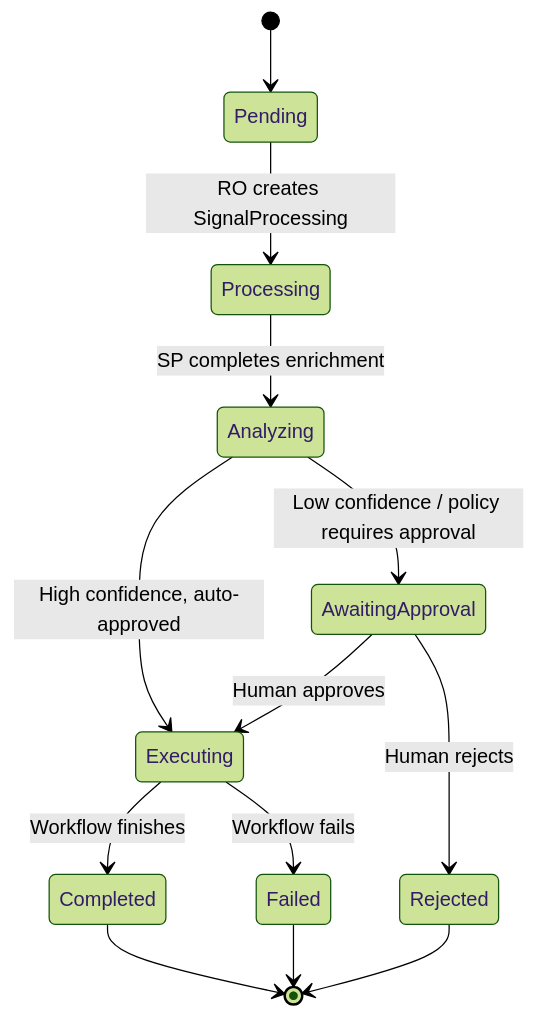
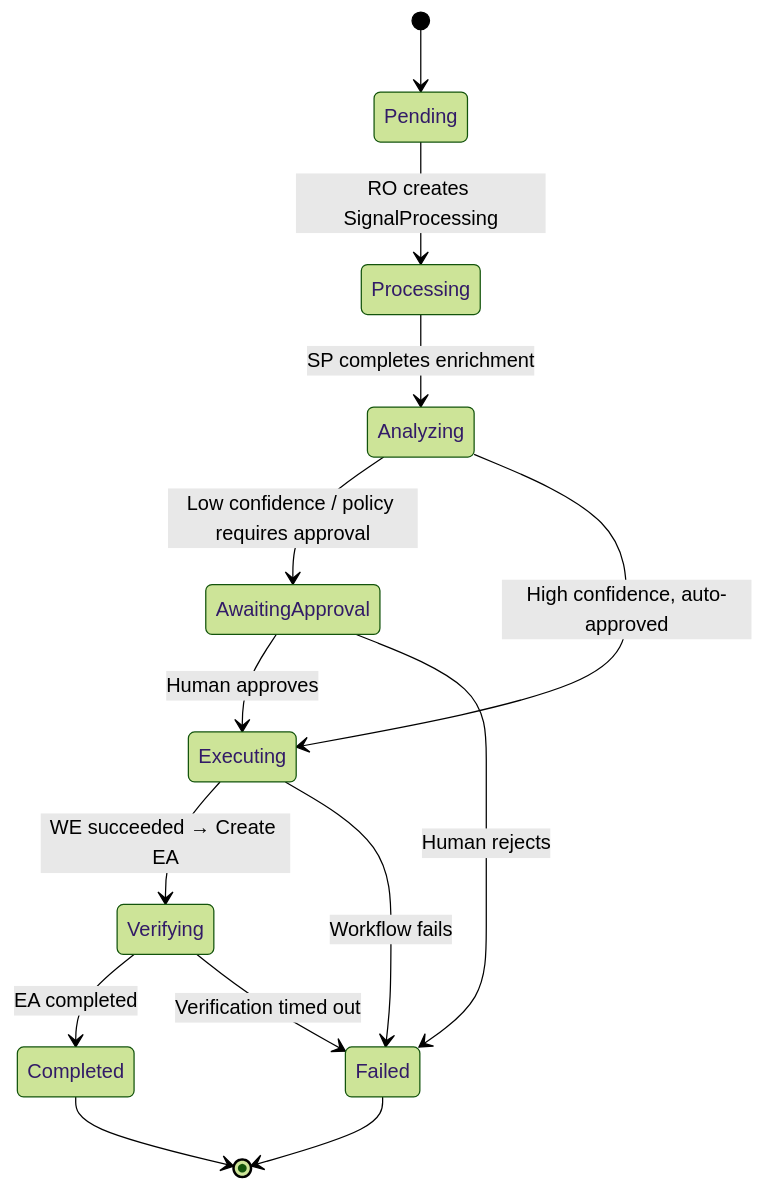
Before and after one commit to jordigilh/kubernaut-docs: the second of 2 diagrams in docs/getting-started/architecture-overview.md, drawn with Mermaid (forest theme). The commit also changed other lines of this file and 6 other files, not shown here.

````diff
--- a/docs/getting-started/architecture-overview.md
+++ b/docs/getting-started/architecture-overview.md
@@ -126,15 +126,16 @@
 ```mermaid
 stateDiagram-v2
     [*] --> Pending
     Pending --> Processing: RO creates SignalProcessing
     Processing --> Analyzing: SP completes enrichment
     Analyzing --> AwaitingApproval: Low confidence / policy requires approval
     Analyzing --> Executing: High confidence, auto-approved
     AwaitingApproval --> Executing: Human approves
-    AwaitingApproval --> Rejected: Human rejects
-    Executing --> Completed: Workflow finishes
+    AwaitingApproval --> Failed: Human rejects
+    Executing --> Verifying: WE succeeded → Create EA
     Executing --> Failed: Workflow fails
+    Verifying --> Completed: EA completed
+    Verifying --> Failed: Verification timed out
     Completed --> [*]
     Failed --> [*]
-    Rejected --> [*]
 ```
````
